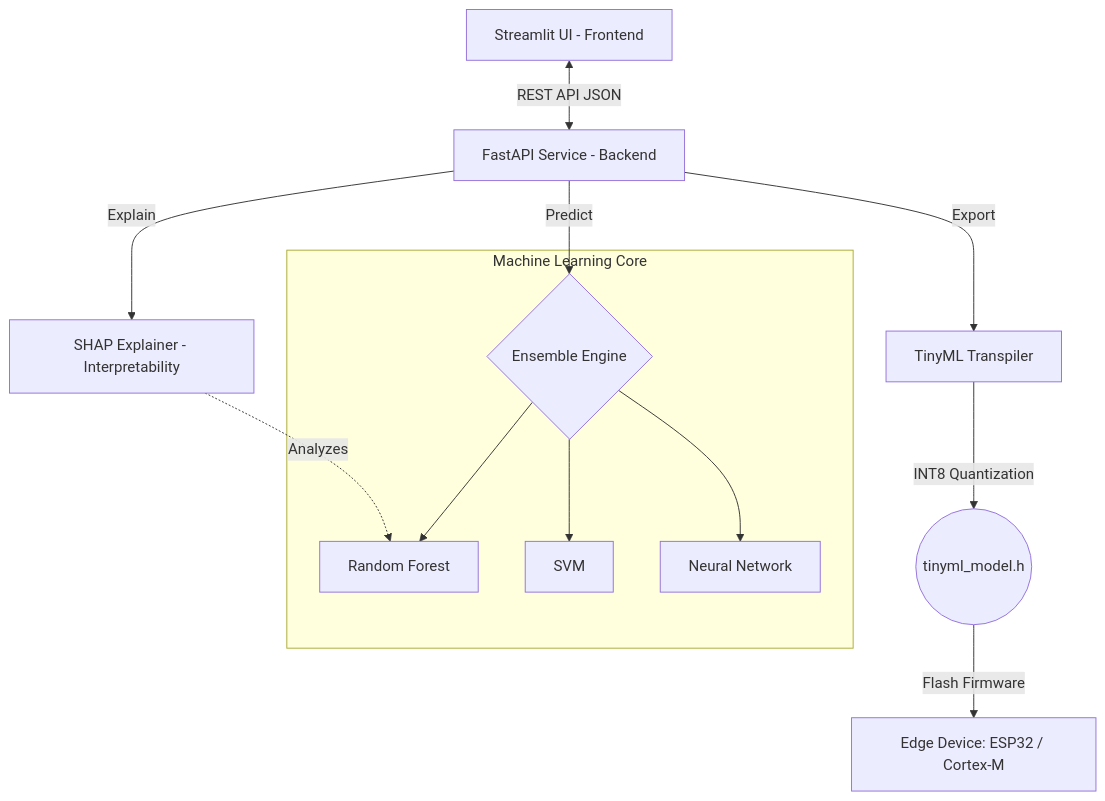
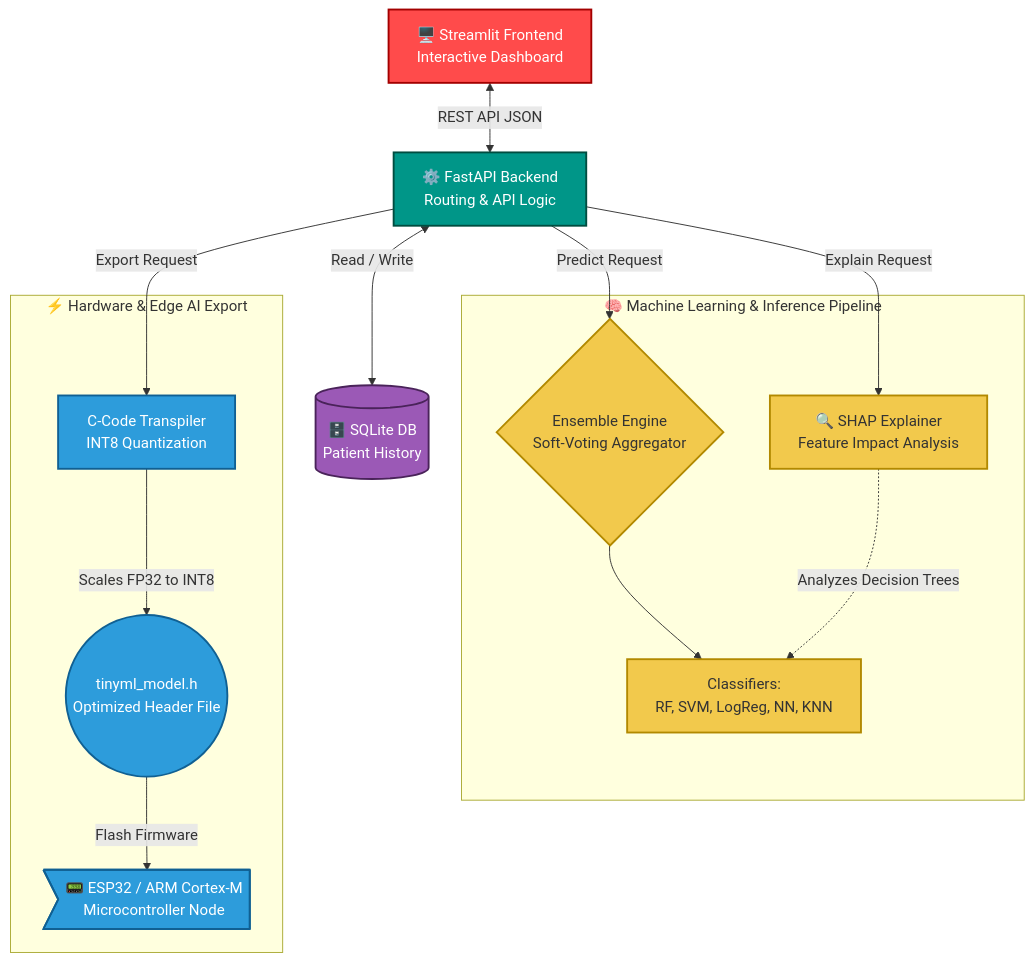
Before and after one commit to IDKHowToCodeFR/HEARTFLOW_OS: the diagram in README.md, drawn with Mermaid. The commit also changed 2 other files, not shown here.

Commit message:
feat: recreate run.bat script and sync architecture flowcharts
- Brought back run.bat Windows executable script to rapidly spin up locally.- Overhauled both Mermaid (README.md) and Python Graphviz (6_About.py) architecture schematics. Made them top-down (TB), perfectly symmetrical, and visually categorized into subsystems.

````diff
--- a/README.md
+++ b/README.md
@@ -16,26 +16,42 @@
 ```mermaid
 flowchart TD
-    UI[Streamlit UI - Frontend] <-->|REST API JSON| API[FastAPI Service - Backend]
+    %% Define styles
+    classDef frontend fill:#ff4b4b,stroke:#a30000,stroke-width:2px,color:#fff;
+    classDef backend fill:#009688,stroke:#004d40,stroke-width:2px,color:#fff;
+    classDef ml_node fill:#f2c94c,stroke:#b28900,stroke-width:2px,color:#333;
+    classDef edge_tech fill:#2d9cdb,stroke:#106093,stroke-width:2px,color:#fff;
+    classDef db fill:#9b59b6,stroke:#4a235a,stroke-width:2px,color:#fff;
+
+    %% Core Components
+    UI[🖥️ Streamlit Frontend<br/>Interactive Dashboard]:::frontend
+    API[⚙️ FastAPI Backend<br/>Routing & API Logic]:::backend
+    DB[(🗄️ SQLite DB<br/>Patient History)]:::db
+
+    UI <-->|REST API JSON| API
+    API <-->|Read / Write| DB
+
+    %% ML Subgraph
+    subgraph ML [🧠 Machine Learning & Inference Pipeline]
+        ENS{Ensemble Engine<br/>Soft-Voting Aggregator}:::ml_node
+        Models[Classifiers:<br/>RF, SVM, LogReg, NN, KNN]:::ml_node
+        SHAP[🔍 SHAP Explainer<br/>Feature Impact Analysis]:::ml_node
+    end
+
+    %% Edge Quantization Subgraph
+    subgraph Quantization [⚡ Hardware & Edge AI Export]
+        TRANS[C-Code Transpiler<br/>INT8 Quantization]:::edge_tech
+        HEADER((tinyml_model.h<br/>Optimized Header File)):::edge_tech
+        MCU>📟 ESP32 / ARM Cortex-M<br/>Microcontroller Node]:::edge_tech
+    end
+
+    %% Routing Connections
+    API -->|Predict Request| ENS
+    ENS --> Models
     
-    subgraph ML_Core["Machine Learning Core"]
-        ENS{Ensemble Engine}
-        RF[Random Forest]
-        SVM[SVM]
-        NN[Neural Network]
-    end
+    API -->|Explain Request| SHAP
+    SHAP -.->|Analyzes Decision Trees| Models
     
-    API -->|Predict| ENS
-    ENS --> RF & SVM & NN
-    
-    SHAP[SHAP Explainer - Interpretability]
-    API -->|Explain| SHAP
-    SHAP -.->|Analyzes| RF
-    
-    TRANS[TinyML Transpiler]
-    C_CODE((tinyml_model.h))
-    MCU[Edge Device: ESP32 / Cortex-M]
-    
-    API -->|Export| TRANS
-    TRANS -->|INT8 Quantization| C_CODE
-    C_CODE -->|Flash Firmware| MCU
+    API -->|Export Request| TRANS
+    TRANS -->|Scales FP32 to INT8| HEADER
+    HEADER -->|Flash Firmware| MCU
 ```
````
